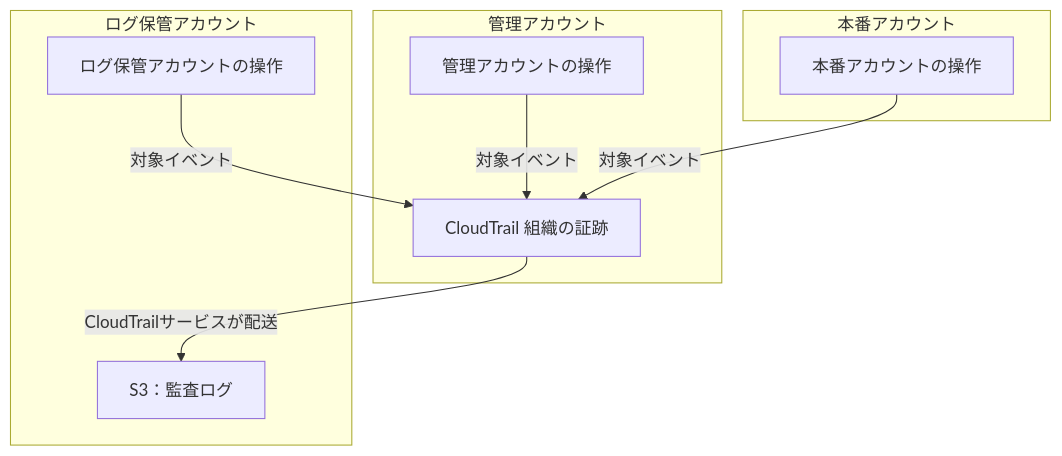
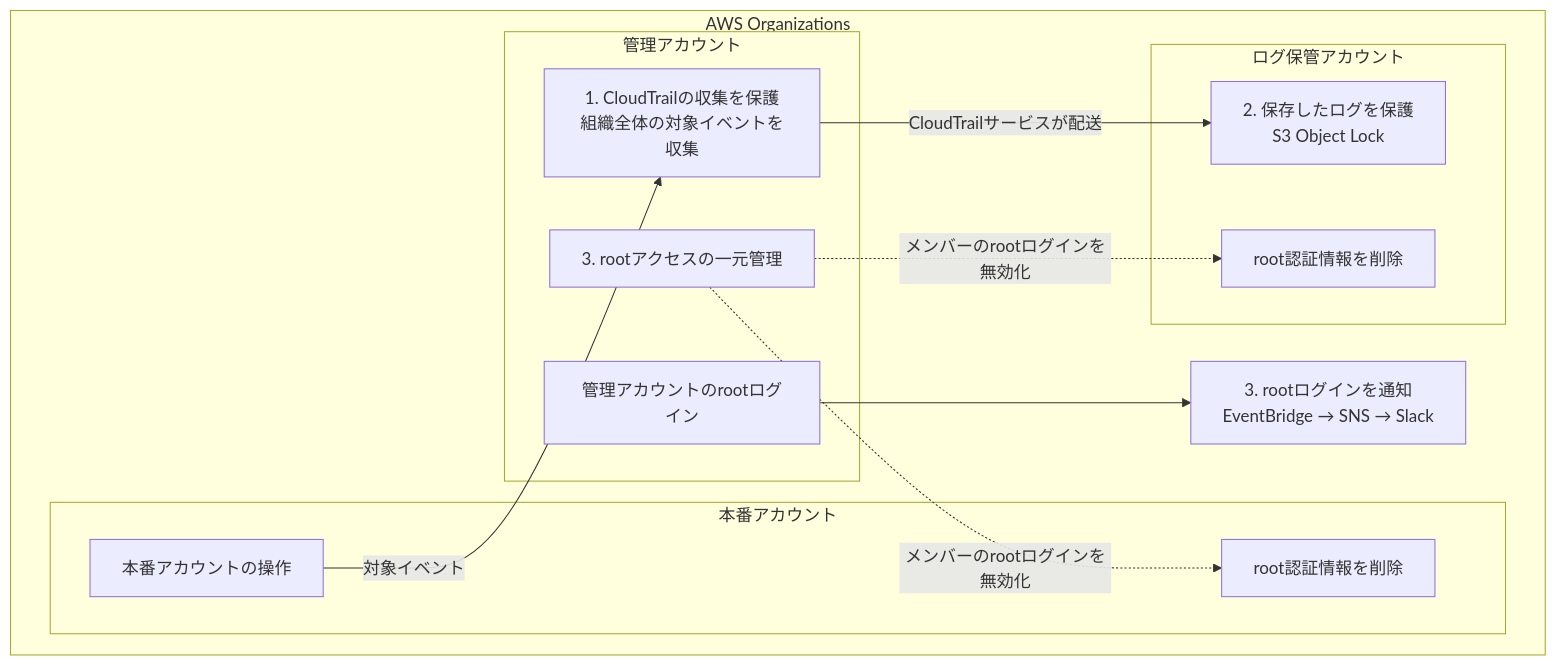
The first of 5 diagrams in articles/aws-cloudtrail-log-protection.md (ara-ta3/zenn.dev), drawn with Mermaid before and after one commit. The commit also changed other lines of this file, not shown here.

Commit message:
CloudTrailのログ保護記事の構成を整理し全体図を追加

````diff
--- a/articles/aws-cloudtrail-log-protection.md
+++ b/articles/aws-cloudtrail-log-protection.md
@@ -35,21 +17,26 @@
 ```mermaid
 flowchart TB
-  subgraph M["管理アカウント"]
-    MO["管理アカウントの操作"]
-    CT["CloudTrail 組織の証跡"]
+  subgraph ORG["AWS Organizations"]
+    subgraph M["管理アカウント"]
+      CT["1. CloudTrailの収集を保護<br/>組織全体の対象イベントを収集"]
+      RM["3. rootアクセスの一元管理"]
+      MR["管理アカウントのrootログイン"]
+    end
+
+    subgraph P["本番アカウント"]
+      OP["本番アカウントの操作"]
+      PR["root認証情報を削除"]
+    end
+
+    subgraph L["ログ保管アカウント"]
+      S3["2. 保存したログを保護<br/>S3 Object Lock"]
+      LR["root認証情報を削除"]
+    end
+
+    OP -->|"対象イベント"| CT
+    CT -->|"CloudTrailサービスが配送"| S3
+    RM -.->|"メンバーのrootログインを無効化"| PR
+    RM -.->|"メンバーのrootログインを無効化"| LR
+    MR --> N["3. rootログインを通知<br/>EventBridge → SNS → Slack"]
   end
-
-  subgraph P["本番アカウント"]
-    PO["本番アカウントの操作"]
-  end
-
-  subgraph L["ログ保管アカウント"]
-    LO["ログ保管アカウントの操作"]
-    S3["S3：監査ログ"]
-  end
-
-  MO -->|"対象イベント"| CT
-  PO -->|"対象イベント"| CT
-  LO -->|"対象イベント"| CT
-  CT -->|"CloudTrailサービスが配送"| S3
 ```
````
